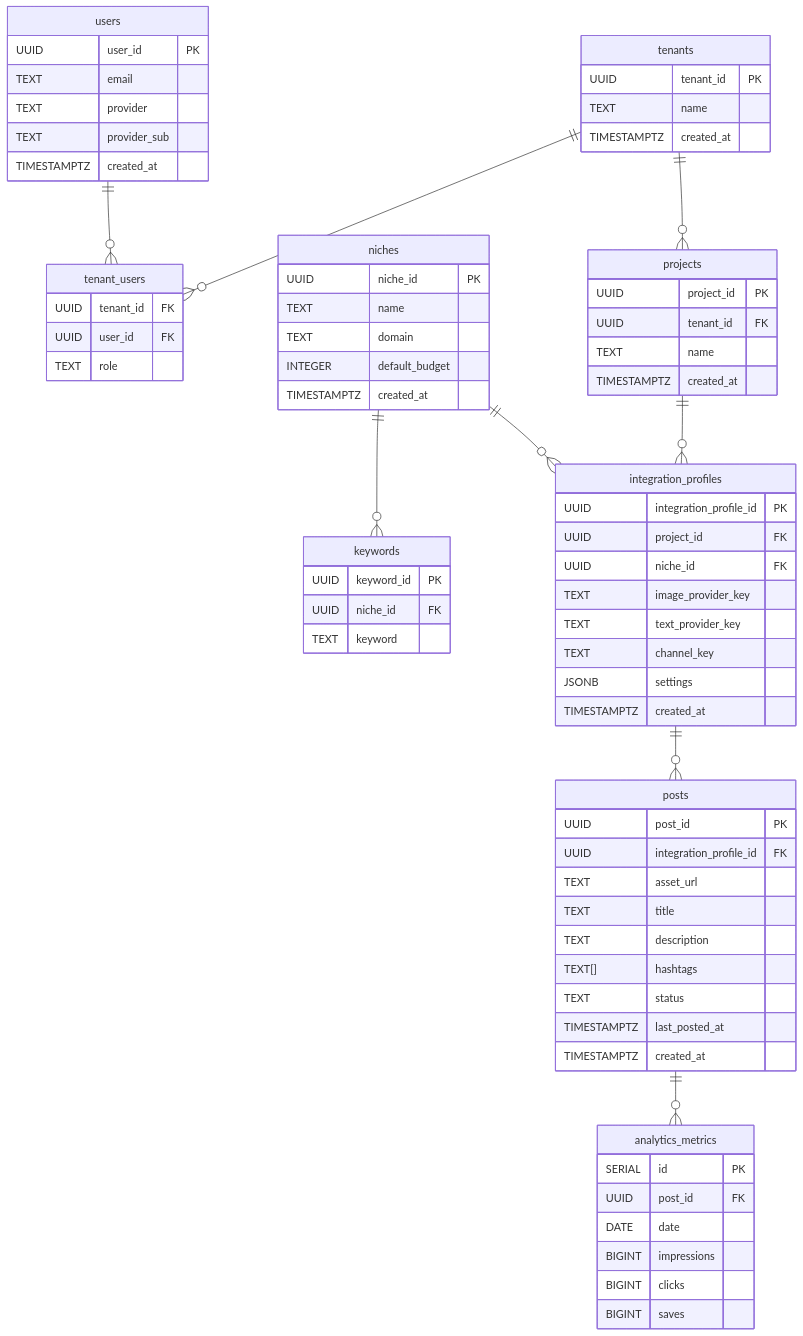
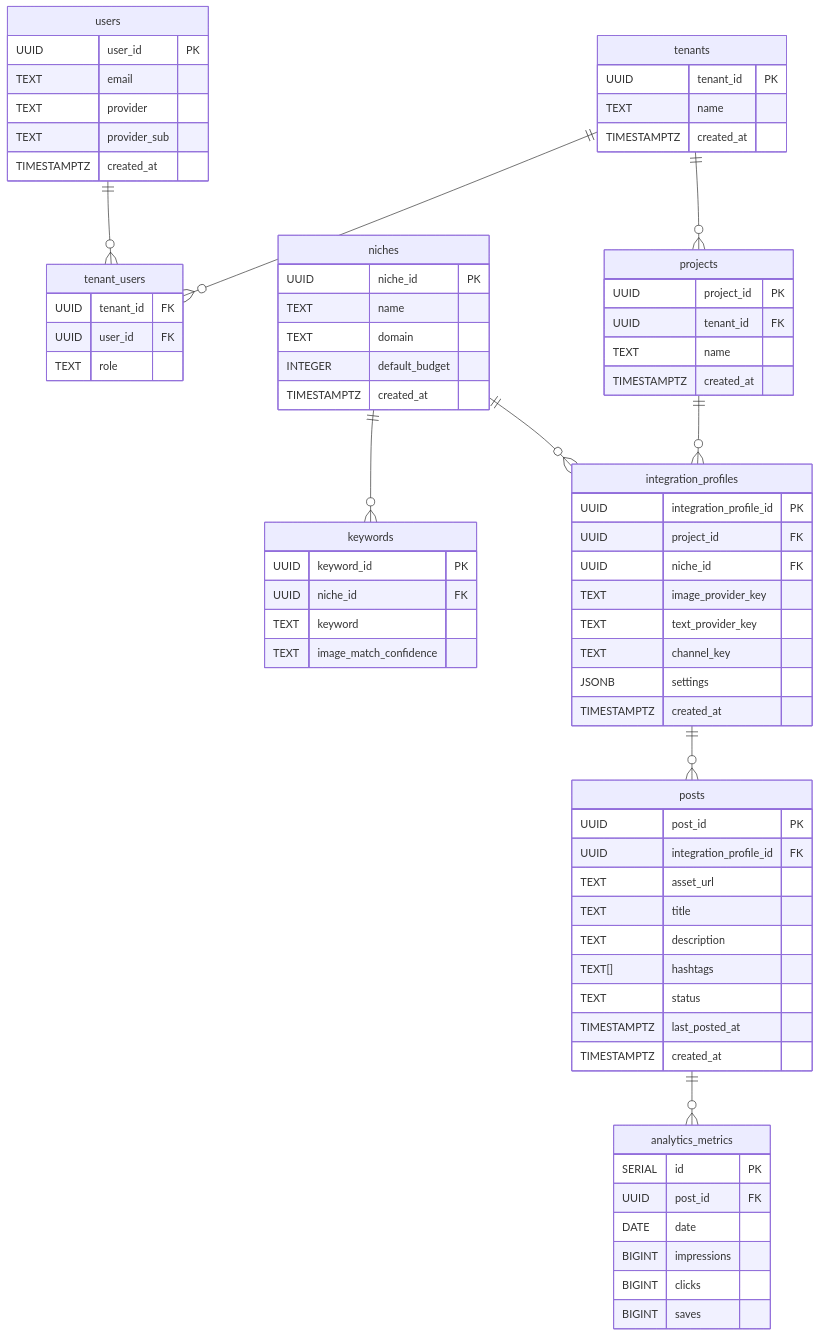
Before and after one commit to rhamblin/content_automation_engine: the second of 2 diagrams in README.md, drawn with Mermaid. The commit also changed other lines of this file and 10 other files, not shown here.

First line of the commit message:
Data schema update to leverage image matching confidence for keyword

````diff
--- a/README.md
+++ b/README.md
@@ -54,76 +52,77 @@
 ```mermaid
 erDiagram
     tenants {
       UUID tenant_id PK
       TEXT name
       TIMESTAMPTZ created_at
     }
     users {
       UUID user_id PK
       TEXT email
       TEXT provider
       TEXT provider_sub
       TIMESTAMPTZ created_at
     }
     tenant_users {
       UUID tenant_id FK
       UUID user_id FK
       TEXT role
     }
     projects {
       UUID project_id PK
       UUID tenant_id FK
       TEXT name
       TIMESTAMPTZ created_at
     }
     niches {
       UUID niche_id PK
       TEXT name
       TEXT domain
       INTEGER default_budget
       TIMESTAMPTZ created_at
     }
     keywords {
       UUID keyword_id PK
       UUID niche_id FK
       TEXT keyword
+      TEXT image_match_confidence
     }
     integration_profiles {
       UUID integration_profile_id PK
       UUID project_id FK
       UUID niche_id FK
       TEXT image_provider_key
       TEXT text_provider_key
       TEXT channel_key
       JSONB settings
       TIMESTAMPTZ created_at
     }
     posts {
       UUID post_id PK
       UUID integration_profile_id FK
       TEXT asset_url
       TEXT title
       TEXT description
       TEXT[] hashtags
       TEXT status
       TIMESTAMPTZ last_posted_at
-      TIMESTAMPTZ created_at
+      TIMESTAMPTZ created_at 
     }
     analytics_metrics {
       SERIAL id PK
       UUID post_id FK
       DATE date
       BIGINT impressions
       BIGINT clicks
       BIGINT saves
     }
 
     tenants ||--o{ tenant_users : ""
     users   ||--o{ tenant_users : ""
     tenants ||--o{ projects    : ""
     projects ||--o{ integration_profiles : ""
     niches    ||--o{ keywords      : ""
     niches    ||--o{ integration_profiles : ""
     integration_profiles ||--o{ posts        : ""
     posts      ||--o{ analytics_metrics   : ""
 ```
````
